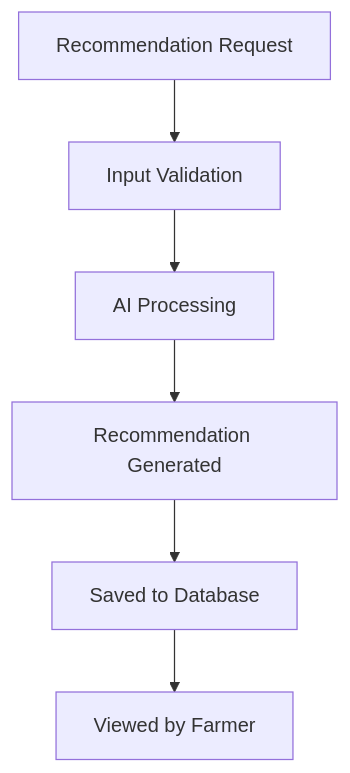
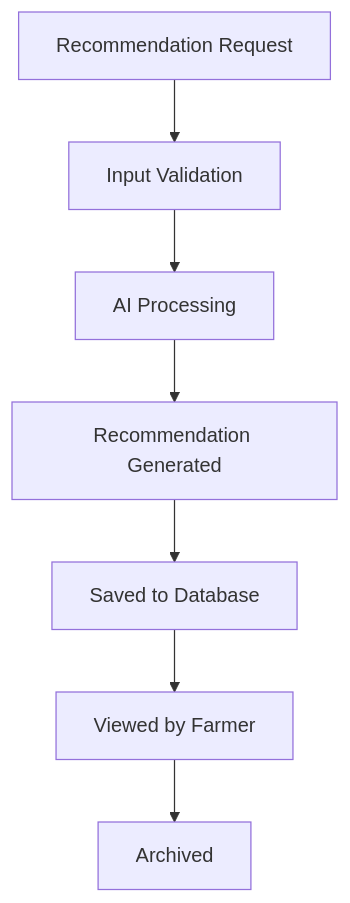
Before and after one commit to RaiyanJiyon/agri-smart-api: the third of 7 diagrams in docs/03-Database-Design.md, drawn with Mermaid. The commit also changed other lines of this file and 1 other file, not shown here.

````diff
--- a/docs/03-Database-Design.md
+++ b/docs/03-Database-Design.md
@@ -165,8 +214,9 @@
 ```mermaid
 flowchart TD
     A[Recommendation Request] --> B[Input Validation]
     B --> C[AI Processing]
     C --> D[Recommendation Generated]
     D --> E[Saved to Database]
     E --> F[Viewed by Farmer]
+    F --> G[Archived]
 ```
````
